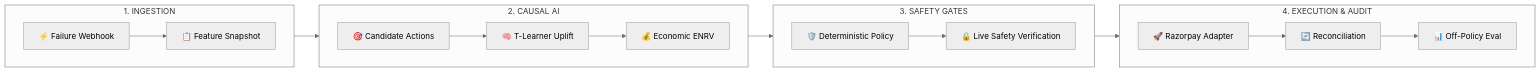
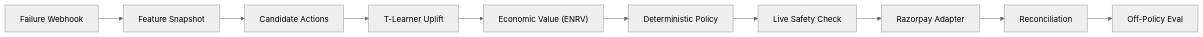
Before and after one commit to Krish6115/RALLY: the first of 4 diagrams in README.md, drawn with Mermaid (neutral theme). The commit also changed other lines of this file and 3 other files, not shown here.

Commit message:
refactor(docs,ui): make architecture horizontal, remove emojis and symbols, embed verified demo walkthrough recording

````diff
--- a/README.md
+++ b/README.md
@@ -176,23 +176,4 @@
 ```mermaid
 flowchart LR
-    subgraph S1 ["1. INGESTION"]
-        direction LR
-        A["⚡ Failure Webhook"] --> B["📋 Feature Snapshot"]
-    end
-    subgraph S2 ["2. CAUSAL AI"]
-        direction LR
-        C["🎯 Candidate Actions"] --> D["🧠 T-Learner Uplift"] --> E["💰 Economic ENRV"]
-    end
-    subgraph S3 ["3. SAFETY GATES"]
-        direction LR
-        F["🛡️ Deterministic Policy"] --> G["🔒 Live Safety Verification"]
-    end
-    subgraph S4 ["4. EXECUTION & AUDIT"]
-        direction LR
-        H["🚀 Razorpay Adapter"] --> I["🔄 Reconciliation"] --> J["📊 Off-Policy Eval"]
-    end
-
-    B --> C
-    E --> F
-    G --> H
+    A["Failure Webhook"] --> B["Feature Snapshot"] --> C["Candidate Actions"] --> D["T-Learner Uplift"] --> E["Economic Value (ENRV)"] --> F["Deterministic Policy"] --> G["Live Safety Check"] --> H["Razorpay Adapter"] --> I["Reconciliation"] --> J["Off-Policy Eval"]
 ```
````
